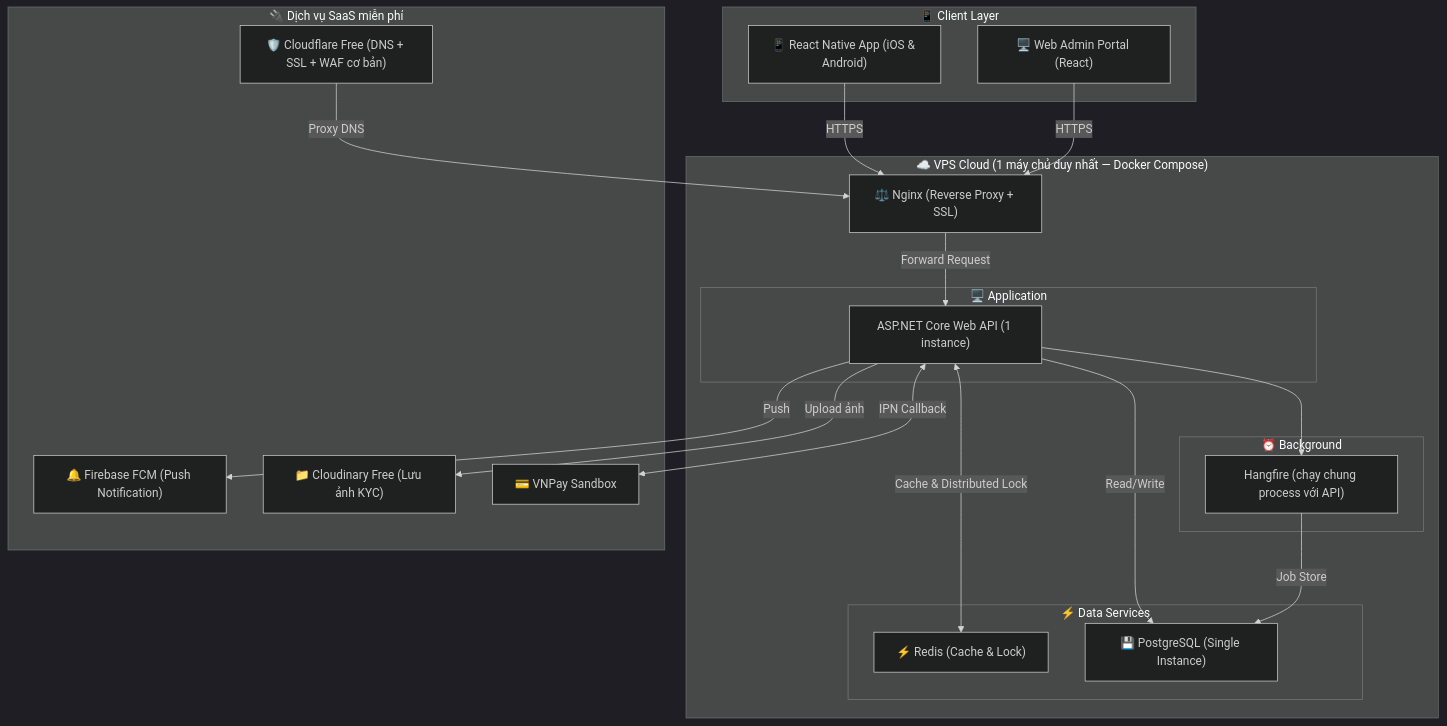
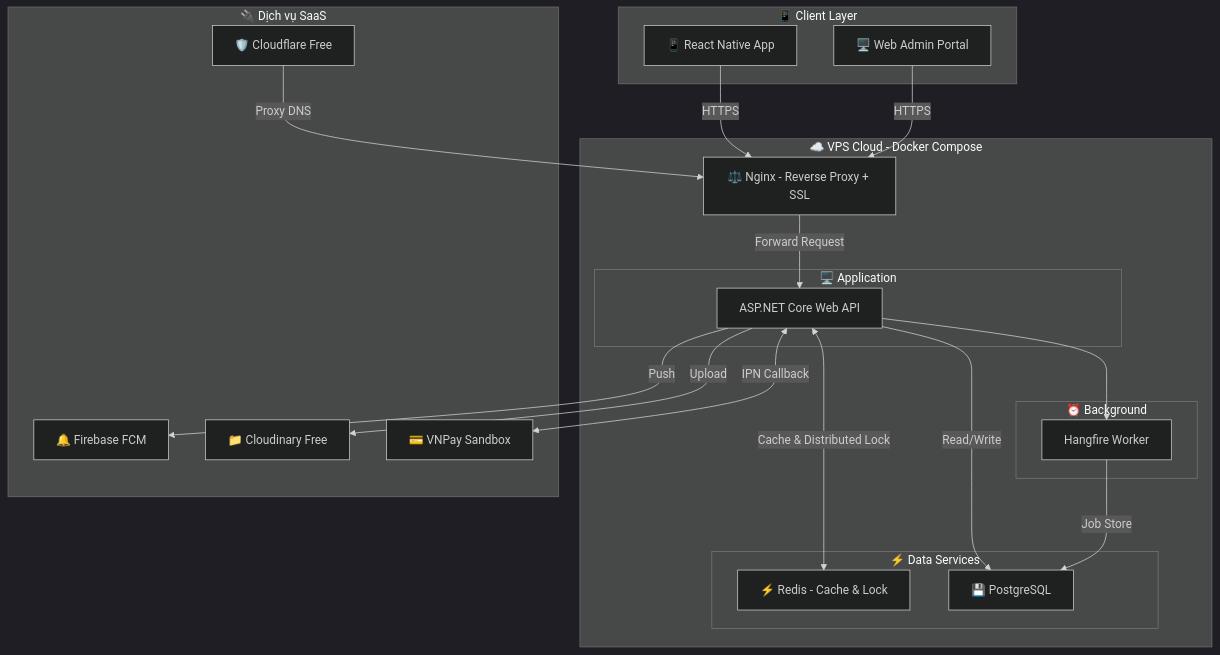
One commit to thanh-16/B2B_Tour changed the diagram in docs/Kiến trúc phần cứng/phase1_mvp_deployment.md. Above: the diagram before and after it, drawn with Mermaid (dark theme). The commit also changed 2 other files, not shown here.

Commit message:
fix: sua loi Mermaid parse tren GitHub - loai bo dau ngoac don trong node labels

````diff
--- a/docs/Kiến trúc phần cứng/phase1_mvp_deployment.md
+++ b/docs/Kiến trúc phần cứng/phase1_mvp_deployment.md
@@ -20,52 +20,52 @@
 ```mermaid
 graph TD
     %% ────────────────────────────────────────
     %% TẦNG CLIENT
     %% ────────────────────────────────────────
     subgraph Clients["📱 Client Layer"]
-        App["📱 React Native App (iOS & Android)"]
-        Web["🖥️ Web Admin Portal (React)"]
+        App["📱 React Native App"]
+        Web["🖥️ Web Admin Portal"]
     end
 
     %% ────────────────────────────────────────
     %% VPS DUY NHẤT (Docker Compose)
     %% ────────────────────────────────────────
     App -->|HTTPS| NGINX
     Web -->|HTTPS| NGINX
 
-    subgraph VPS["☁️ VPS Cloud (1 máy chủ duy nhất — Docker Compose)"]
-        NGINX["⚖️ Nginx (Reverse Proxy + SSL)"]
+    subgraph VPS["☁️ VPS Cloud - Docker Compose"]
+        NGINX["⚖️ Nginx - Reverse Proxy + SSL"]
         
         subgraph AppContainer["🖥️ Application"]
-            API["ASP.NET Core Web API (1 instance)"]
+            API["ASP.NET Core Web API"]
         end
         NGINX -->|Forward Request| API
 
         subgraph DataServices["⚡ Data Services"]
-            REDIS["⚡ Redis (Cache & Lock)"]
-            PG["💾 PostgreSQL (Single Instance)"]
+            REDIS["⚡ Redis - Cache & Lock"]
+            PG["💾 PostgreSQL"]
         end
         API <-->|Cache & Distributed Lock| REDIS
         API -->|Read/Write| PG
 
         subgraph Worker["⏰ Background"]
-            HF["Hangfire (chạy chung process với API)"]
+            HF["Hangfire Worker"]
         end
         API --> HF
         HF -->|Job Store| PG
     end
 
     %% ────────────────────────────────────────
     %% DỊCH VỤ BÊN NGOÀI (SaaS MIỄN PHÍ)
     %% ────────────────────────────────────────
-    subgraph FreeSaaS["🔌 Dịch vụ SaaS miễn phí"]
-        CF["🛡️ Cloudflare Free (DNS + SSL + WAF cơ bản)"]
-        FCM["🔔 Firebase FCM (Push Notification)"]
-        S3["📁 Cloudinary Free (Lưu ảnh KYC)"]
+    subgraph FreeSaaS["🔌 Dịch vụ SaaS"]
+        CF["🛡️ Cloudflare Free"]
+        FCM["🔔 Firebase FCM"]
+        S3["📁 Cloudinary Free"]
         VNPAY["💳 VNPay Sandbox"]
     end
     CF -->|Proxy DNS| NGINX
     API -->|Push| FCM
-    API -->|Upload ảnh| S3
+    API -->|Upload| S3
     API <-->|IPN Callback| VNPAY
 ```
````
